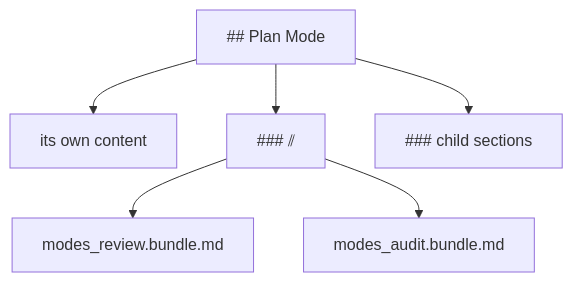
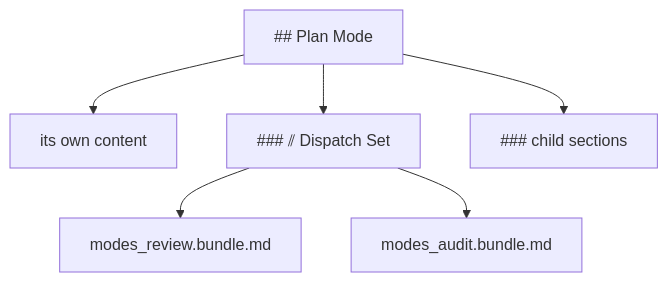
The first of 2 diagrams in docs/dispatch.md (m2ux/prosiform), drawn with Mermaid before and after one commit. The commit also changed other lines of this file and 29 other files, not shown here.

````diff
--- a/docs/dispatch.md
+++ b/docs/dispatch.md
@@ -33,8 +33,8 @@
 ```mermaid
 flowchart TD
   Section["## Plan Mode"] --> Own["its own content"]
-  Section --> D2["### ⫽ <title> dispatch set"]
+  Section --> D2["### ⫽ Dispatch Set"]
   Section --> Child["### child sections"]
   D2 --> B2["modes_review.bundle.md"]
   D2 --> B3["modes_audit.bundle.md"]
 ```
````
